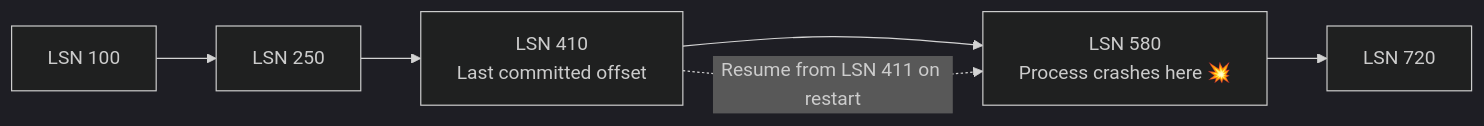
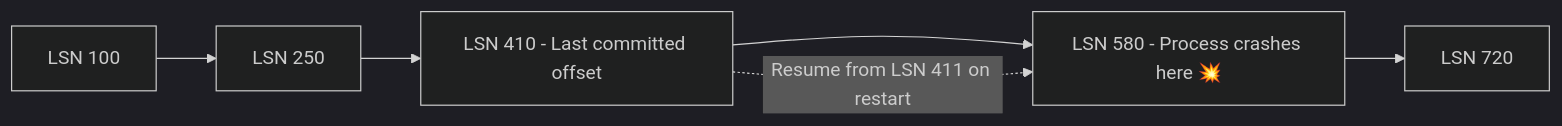
The seventh of 8 diagrams in blog/astro/src/content/docs/change-data-capture.md (Chandra179/atlas), drawn with Mermaid (dark theme) before and after one commit. The commit also changed other lines of this file and 1 other file, not shown here.

````diff
--- a/blog/astro/src/content/docs/change-data-capture.md
+++ b/blog/astro/src/content/docs/change-data-capture.md
@@ -150,5 +150,5 @@
 ```mermaid
 flowchart LR
-  A["LSN 100"] --> B["LSN 250"] --> C["LSN 410<br/>Last committed offset"] --> D["LSN 580<br/>Process crashes here 💥"] --> E["LSN 720"]
+  A["LSN 100"] --> B["LSN 250"] --> C["LSN 410 - Last committed offset"] --> D["LSN 580 - Process crashes here 💥"] --> E["LSN 720"]
   C -.->|"Resume from LSN 411 on restart"| D
 ```
````
